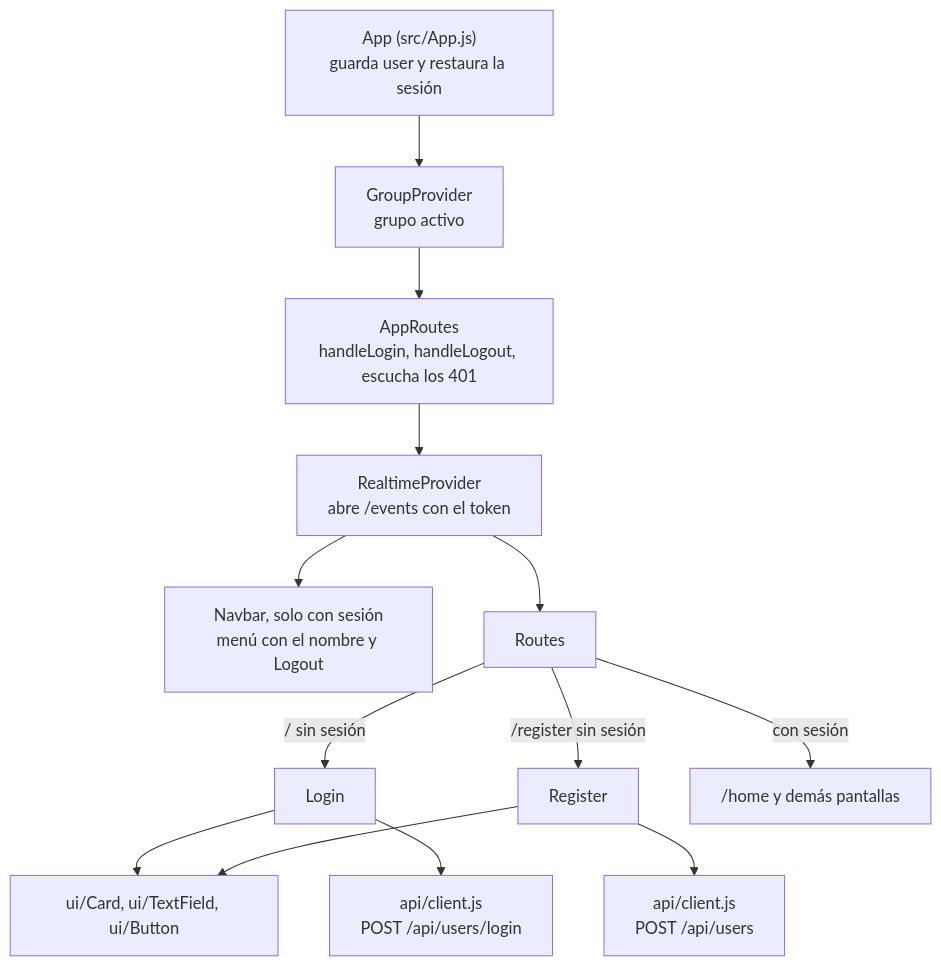
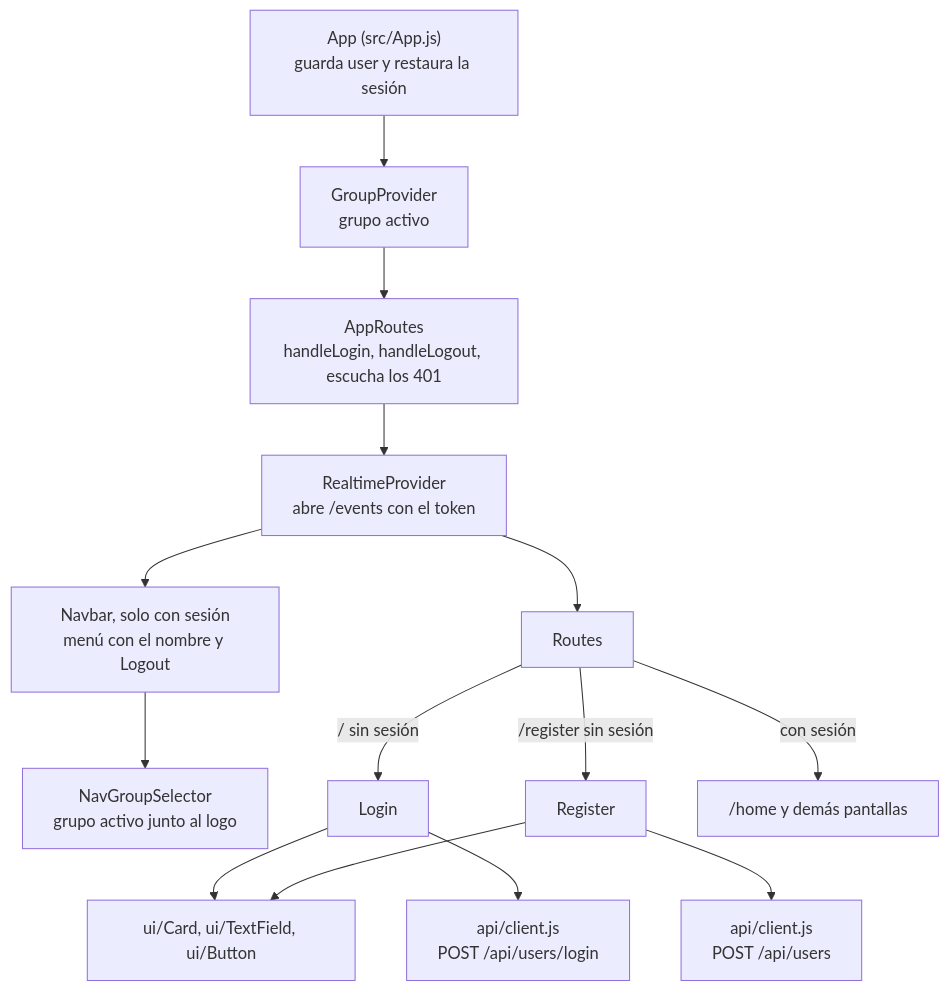
Before and after one commit to PabloP150/proyecto-is-cc6: the diagram in documentacion/05-interfaz/01-usuarios-y-acceso.md, drawn with Mermaid. The commit also changed other lines of this file and 204 other files, not shown here.

First line of the commit message:
docs: update all documentation, diagrams and PNGs to the test/e2e state

````diff
--- a/documentacion/05-interfaz/01-usuarios-y-acceso.md
+++ b/documentacion/05-interfaz/01-usuarios-y-acceso.md
@@ -39,16 +42,17 @@
 ```mermaid
 flowchart TD
     APP["App (src/App.js)<br/>guarda user y restaura la sesión"]
     APP --> GP["GroupProvider<br/>grupo activo"]
     GP --> AR["AppRoutes<br/>handleLogin, handleLogout, escucha los 401"]
     AR --> RP["RealtimeProvider<br/>abre /events con el token"]
     RP --> NAV["Navbar, solo con sesión<br/>menú con el nombre y Logout"]
+    NAV --> NGS["NavGroupSelector<br/>grupo activo junto al logo"]
     RP --> ROUTES["Routes"]
     ROUTES -->|"/ sin sesión"| LOGIN["Login"]
     ROUTES -->|"/register sin sesión"| REG["Register"]
     ROUTES -->|"con sesión"| HOME["/home y demás pantallas"]
     LOGIN --> UI["ui/Card, ui/TextField, ui/Button"]
     REG --> UI
     LOGIN --> CLIENT["api/client.js<br/>POST /api/users/login"]
     REG --> CLIENT2["api/client.js<br/>POST /api/users"]
 ```
````
